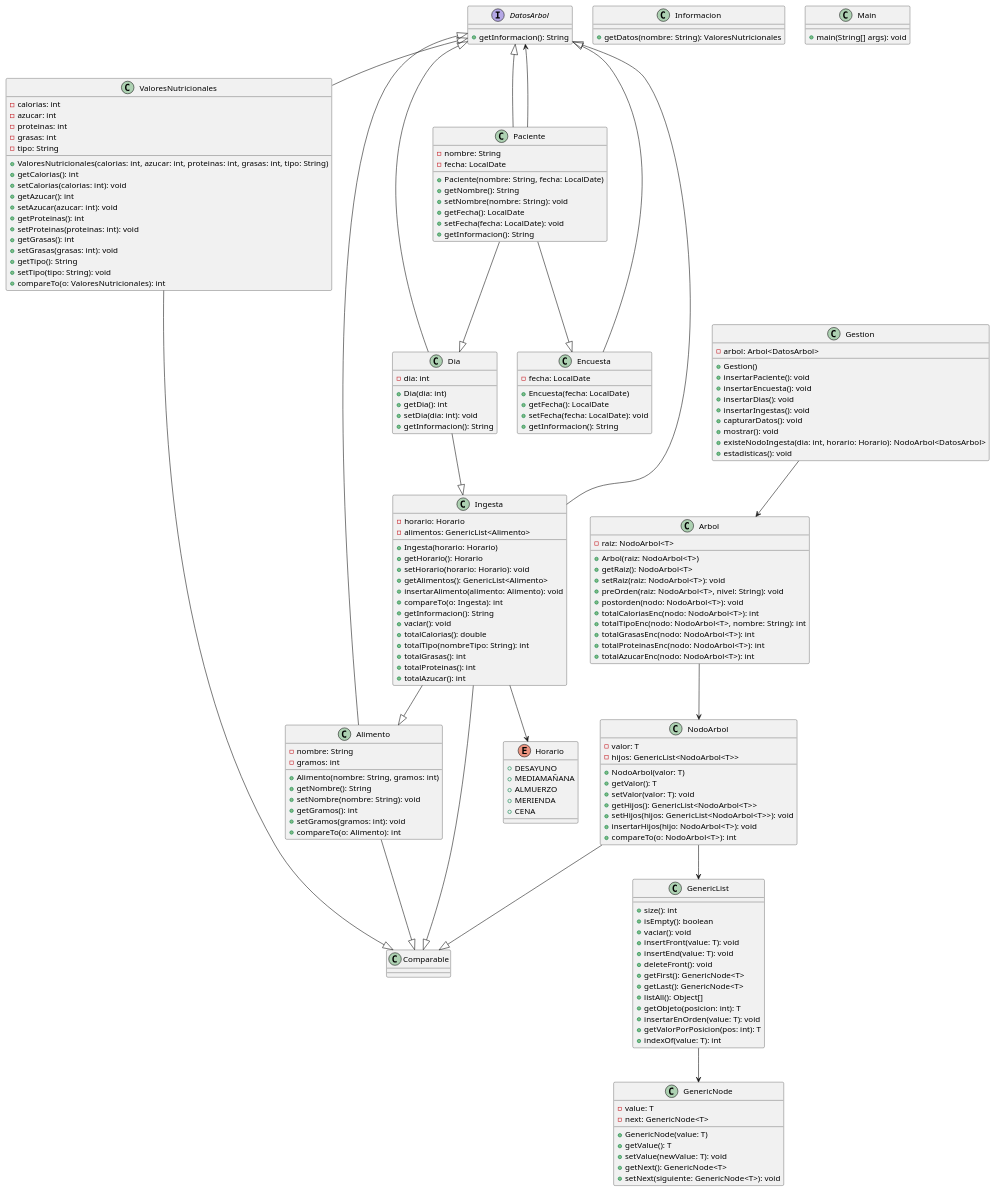
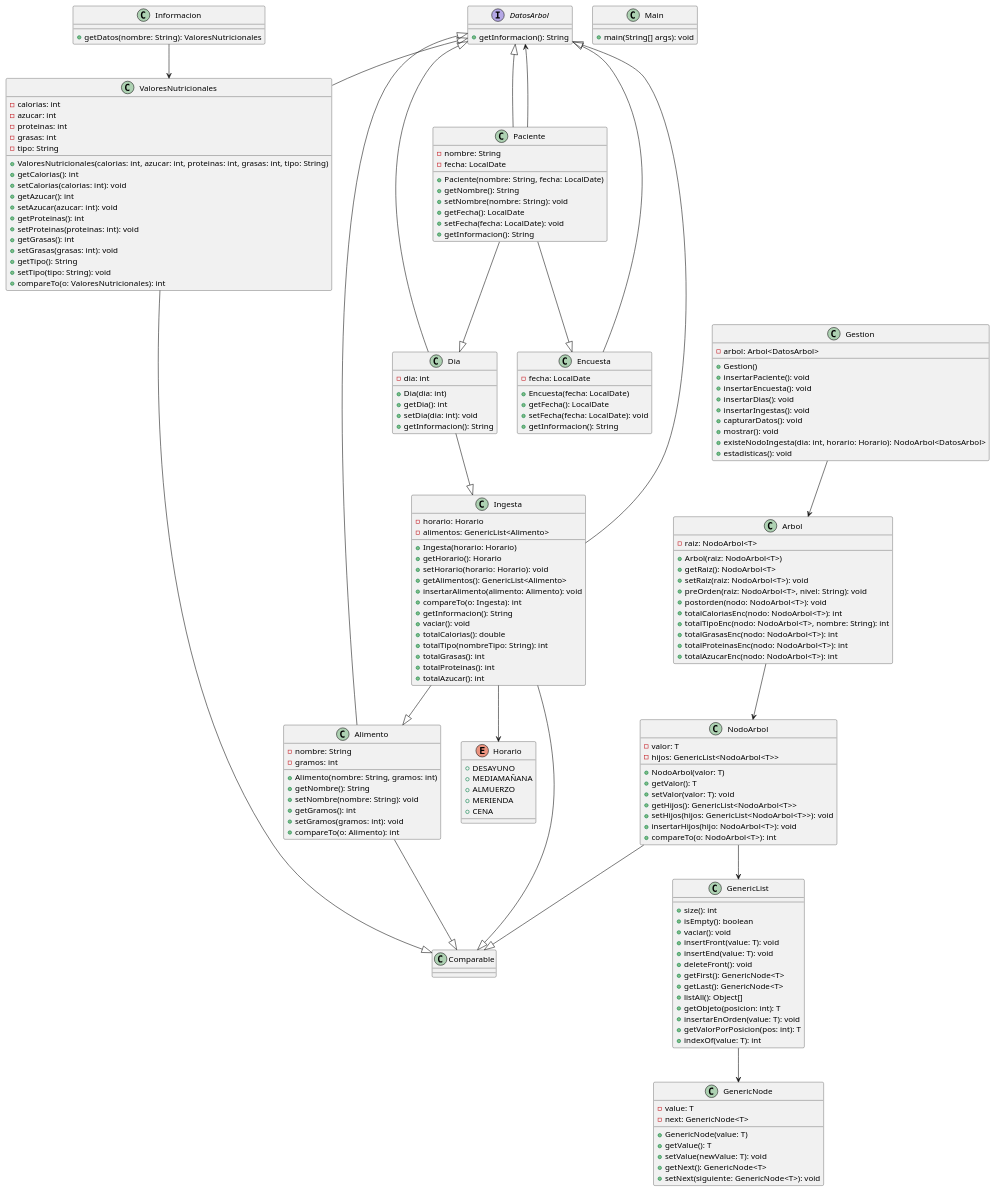
The diagram in entregas/lostalAlvaro/examenFinal/dietas/Diagrama/diagrama.puml (mmasias/23-24-eda1), drawn with PlantUML before and after one commit.

Commit message:
PlantUML definitivo

```diff
--- a/entregas/lostalAlvaro/examenFinal/dietas/Diagrama/diagrama.puml
+++ b/entregas/lostalAlvaro/examenFinal/dietas/Diagrama/diagrama.puml
@@ -1,185 +1,186 @@
 @startuml diagrama
 
 class Alimento {
   - nombre: String
   - gramos: int
   + Alimento(nombre: String, gramos: int)
   + getNombre(): String
   + setNombre(nombre: String): void
   + getGramos(): int
   + setGramos(gramos: int): void
   + compareTo(o: Alimento): int
 }
 
 class Informacion {
   + getDatos(nombre: String): ValoresNutricionales
 }
 
 class ValoresNutricionales {
   - calorias: int
   - azucar: int
   - proteinas: int
   - grasas: int
   - tipo: String
   + ValoresNutricionales(calorias: int, azucar: int, proteinas: int, grasas: int, tipo: String)
   + getCalorias(): int
   + setCalorias(calorias: int): void
   + getAzucar(): int
   + setAzucar(azucar: int): void
   + getProteinas(): int
   + setProteinas(proteinas: int): void
   + getGrasas(): int
   + setGrasas(grasas: int): void
   + getTipo(): String
   + setTipo(tipo: String): void
   + compareTo(o: ValoresNutricionales): int
 }
 
 interface DatosArbol {
   + getInformacion(): String
 }
 
 class Arbol {
   - raiz: NodoArbol<T>
   + Arbol(raiz: NodoArbol<T>)
   + getRaiz(): NodoArbol<T>
   + setRaiz(raiz: NodoArbol<T>): void
   + preOrden(raiz: NodoArbol<T>, nivel: String): void
   + postorden(nodo: NodoArbol<T>): void
   + totalCaloriasEnc(nodo: NodoArbol<T>): int
   + totalTipoEnc(nodo: NodoArbol<T>, nombre: String): int
   + totalGrasasEnc(nodo: NodoArbol<T>): int
   + totalProteinasEnc(nodo: NodoArbol<T>): int
   + totalAzucarEnc(nodo: NodoArbol<T>): int
 }
 
 class NodoArbol {
   - valor: T
   - hijos: GenericList<NodoArbol<T>>
   + NodoArbol(valor: T)
   + getValor(): T
   + setValor(valor: T): void
   + getHijos(): GenericList<NodoArbol<T>>
   + setHijos(hijos: GenericList<NodoArbol<T>>): void
   + insertarHijos(hijo: NodoArbol<T>): void
   + compareTo(o: NodoArbol<T>): int
 }
 
 class Dia {
   - dia: int
   + Dia(dia: int)
   + getDia(): int
   + setDia(dia: int): void
   + getInformacion(): String
 }
 
 class Encuesta {
   - fecha: LocalDate
   + Encuesta(fecha: LocalDate)
   + getFecha(): LocalDate
   + setFecha(fecha: LocalDate): void
   + getInformacion(): String
 }
 
 class Ingesta {
   - horario: Horario
   - alimentos: GenericList<Alimento>
   + Ingesta(horario: Horario)
   + getHorario(): Horario
   + setHorario(horario: Horario): void
   + getAlimentos(): GenericList<Alimento>
   + insertarAlimento(alimento: Alimento): void
   + compareTo(o: Ingesta): int
   + getInformacion(): String
   + vaciar(): void
   + totalCalorias(): double
   + totalTipo(nombreTipo: String): int
   + totalGrasas(): int
   + totalProteinas(): int
   + totalAzucar(): int
 }
 
 class GenericList {
   + size(): int
   + isEmpty(): boolean
   + vaciar(): void
   + insertFront(value: T): void
   + insertEnd(value: T): void
   + deleteFront(): void
   + getFirst(): GenericNode<T>
   + getLast(): GenericNode<T>
   + listAll(): Object[]
   + getObjeto(posicion: int): T
   + insertarEnOrden(value: T): void
   + getValorPorPosicion(pos: int): T
   + indexOf(value: T): int
 }
 
 class GenericNode {
   - value: T
   - next: GenericNode<T>
   + GenericNode(value: T)
   + getValue(): T
   + setValue(newValue: T): void
   + getNext(): GenericNode<T>
   + setNext(siguiente: GenericNode<T>): void
 }
 
 class Paciente {
   - nombre: String
   - fecha: LocalDate
   + Paciente(nombre: String, fecha: LocalDate)
   + getNombre(): String
   + setNombre(nombre: String): void
   + getFecha(): LocalDate
   + setFecha(fecha: LocalDate): void
   + getInformacion(): String
 }
 
 enum Horario {
   + DESAYUNO
   + MEDIAMAÑANA
   + ALMUERZO
   + MERIENDA
   + CENA
 }
 
 class Gestion {
   - arbol: Arbol<DatosArbol>
   + Gestion()
   + insertarPaciente(): void
   + insertarEncuesta(): void
   + insertarDias(): void
   + insertarIngestas(): void
   + capturarDatos(): void
   + mostrar(): void
   + existeNodoIngesta(dia: int, horario: Horario): NodoArbol<DatosArbol>
   + estadisticas(): void
 }
 
 class Main {
   + main(String[] args): void
 }
 
 Alimento --|> Comparable
 ValoresNutricionales --|> Comparable
 NodoArbol --|> Comparable
 Ingesta --|> Comparable
 Paciente --|> Dia
 Paciente --|> Encuesta
 Dia --|> Ingesta
 Ingesta --|> Alimento
 DatosArbol <|-- Alimento
 DatosArbol <|-- ValoresNutricionales
 DatosArbol <|-- Dia
 DatosArbol <|-- Encuesta
 DatosArbol <|-- Ingesta
 DatosArbol <|-- Paciente
 Arbol --> NodoArbol
 NodoArbol --> GenericList
 Ingesta --> Horario
 GenericList --> GenericNode
 Paciente --> DatosArbol
 Gestion --> Arbol
+Informacion --> ValoresNutricionales
 
 @enduml
```
